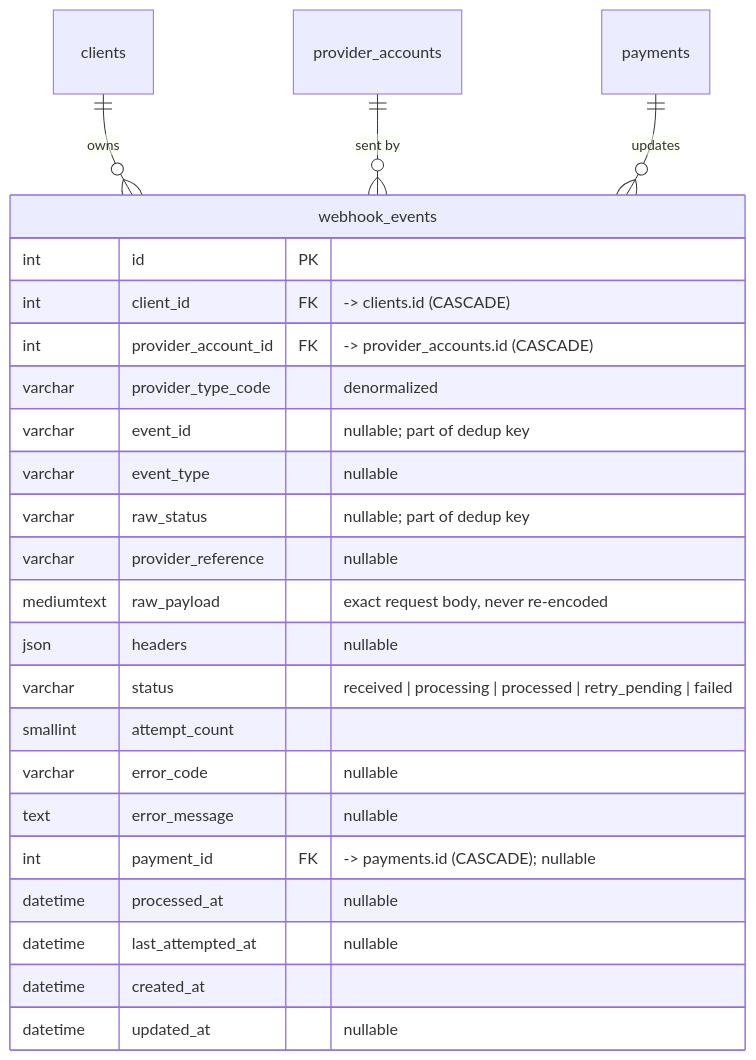
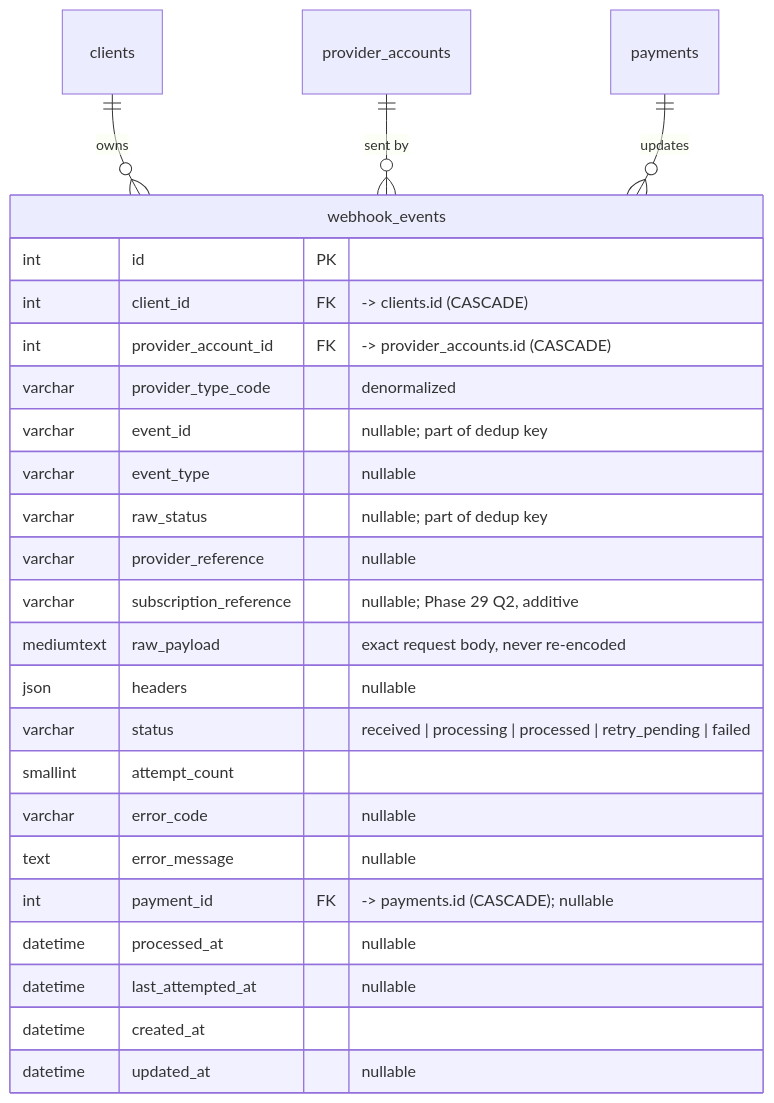
Before and after one commit to mahsashahi/Gomrok: diagram 18 of 21 in .claude/docs/database-diagram.md, drawn with Mermaid. The commit also changed other lines of this file and 136 other files, not shown here.

````diff
--- a/.claude/docs/database-diagram.md
+++ b/.claude/docs/database-diagram.md
@@ -938,28 +946,29 @@
 ```mermaid
 erDiagram
     webhook_events {
         int id PK
         int client_id FK "-> clients.id (CASCADE)"
         int provider_account_id FK "-> provider_accounts.id (CASCADE)"
         varchar provider_type_code "denormalized"
         varchar event_id "nullable; part of dedup key"
         varchar event_type "nullable"
         varchar raw_status "nullable; part of dedup key"
         varchar provider_reference "nullable"
+        varchar subscription_reference "nullable; Phase 29 Q2, additive"
         mediumtext raw_payload "exact request body, never re-encoded"
         json headers "nullable"
         varchar status "received | processing | processed | retry_pending | failed"
         smallint attempt_count
         varchar error_code "nullable"
         text error_message "nullable"
         int payment_id FK "-> payments.id (CASCADE); nullable"
         datetime processed_at "nullable"
         datetime last_attempted_at "nullable"
         datetime created_at
         datetime updated_at "nullable"
     }
 
     clients ||--o{ webhook_events : "owns"
     provider_accounts ||--o{ webhook_events : "sent by"
     payments ||--o{ webhook_events : "updates"
 ```
````
